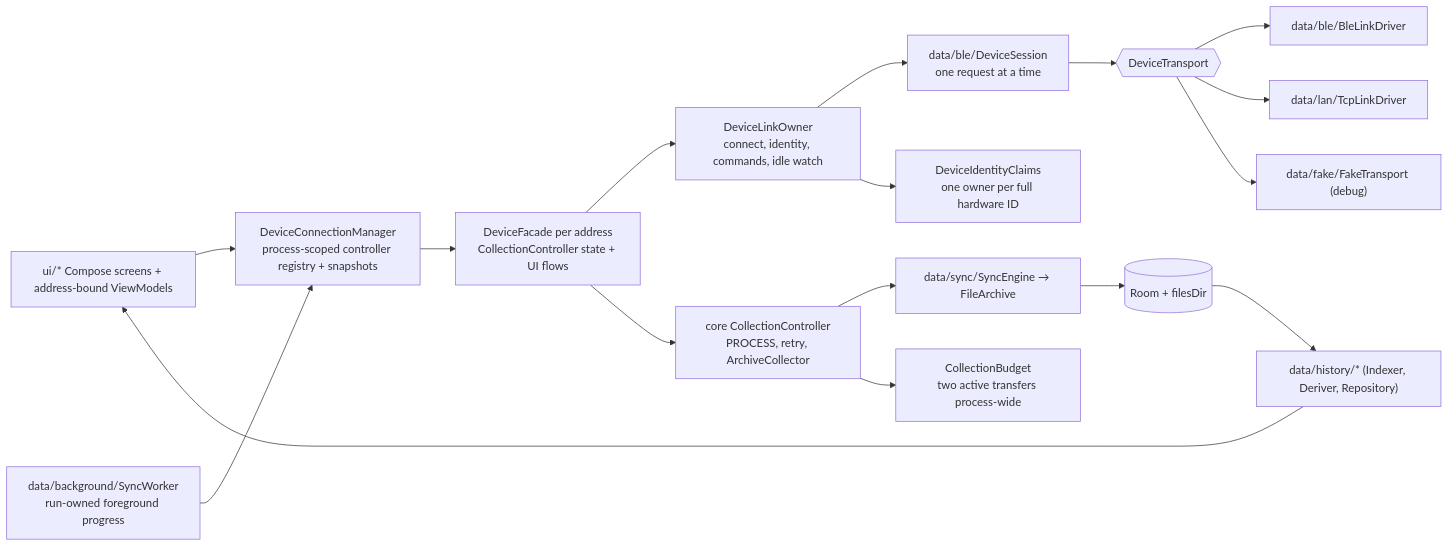
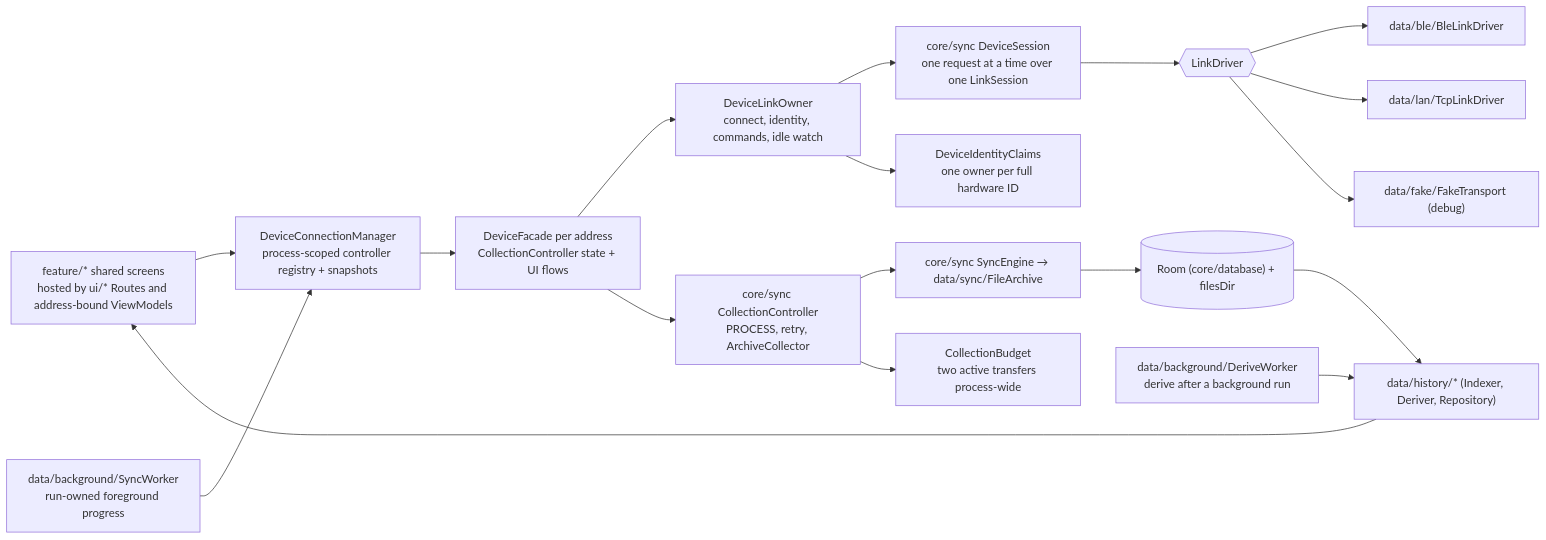
The second of 2 diagrams in docs/architecture.md (walkthru-earth/opensensor-space-mobile), drawn with Mermaid before and after one commit. The commit also changed other lines of this file and 17 other files, not shown here.

First line of the commit message:
Sync the architecture, protocol and pipeline docs with the code

````diff
--- a/docs/architecture.md
+++ b/docs/architecture.md
@@ -175,19 +157,20 @@
 ```mermaid
 flowchart LR
-  UI["ui/* Compose screens + address-bound ViewModels"] --> MANAGER["DeviceConnectionManager<br/>process-scoped controller registry + snapshots"]
+  UI["feature/* shared screens<br/>hosted by ui/* Routes and address-bound ViewModels"] --> MANAGER["DeviceConnectionManager<br/>process-scoped controller registry + snapshots"]
   MANAGER --> REPO["DeviceFacade per address<br/>CollectionController state + UI flows"]
   REPO --> OWNER["DeviceLinkOwner<br/>connect, identity, commands, idle watch"]
-  OWNER --> SESS["data/ble/DeviceSession<br/>one request at a time"]
-  SESS --> TR{{"DeviceTransport"}}
+  OWNER --> SESS["core/sync DeviceSession<br/>one request at a time over one LinkSession"]
+  SESS --> TR{{"LinkDriver"}}
   TR --> BLE["data/ble/BleLinkDriver"]
   TR --> LAN["data/lan/TcpLinkDriver"]
   TR --> FAKE["data/fake/FakeTransport (debug)"]
-  REPO --> COLLECT["core CollectionController<br/>PROCESS, retry, ArchiveCollector"]
-  COLLECT --> SYNC["data/sync/SyncEngine → FileArchive"]
-  SYNC --> ROOM[("Room + filesDir")]
+  REPO --> COLLECT["core/sync CollectionController<br/>PROCESS, retry, ArchiveCollector"]
+  COLLECT --> SYNC["core/sync SyncEngine → data/sync/FileArchive"]
+  SYNC --> ROOM[("Room (core/database) + filesDir")]
   ROOM --> HIST["data/history/* (Indexer, Deriver, Repository)"]
   HIST --> UI
   WORK["data/background/SyncWorker<br/>run-owned foreground progress"] --> MANAGER
+  DERIVE["data/background/DeriveWorker<br/>derive after a background run"] --> HIST
   OWNER --> CLAIM["DeviceIdentityClaims<br/>one owner per full hardware ID"]
   COLLECT --> BUDGET["CollectionBudget<br/>two active transfers process-wide"]
 ```
````
